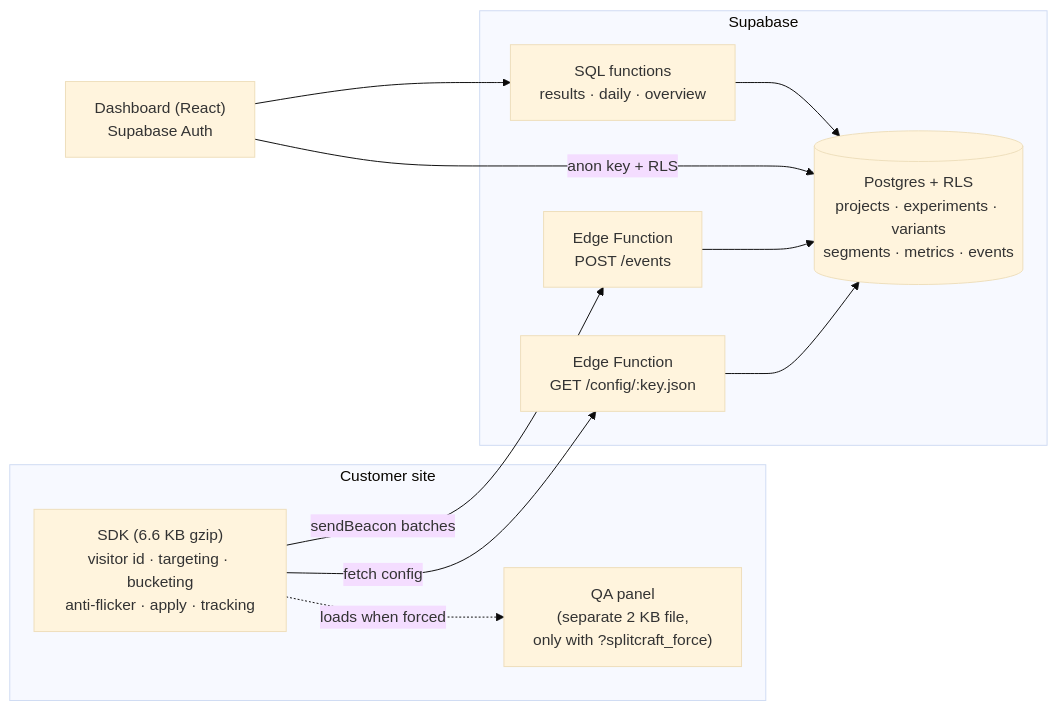
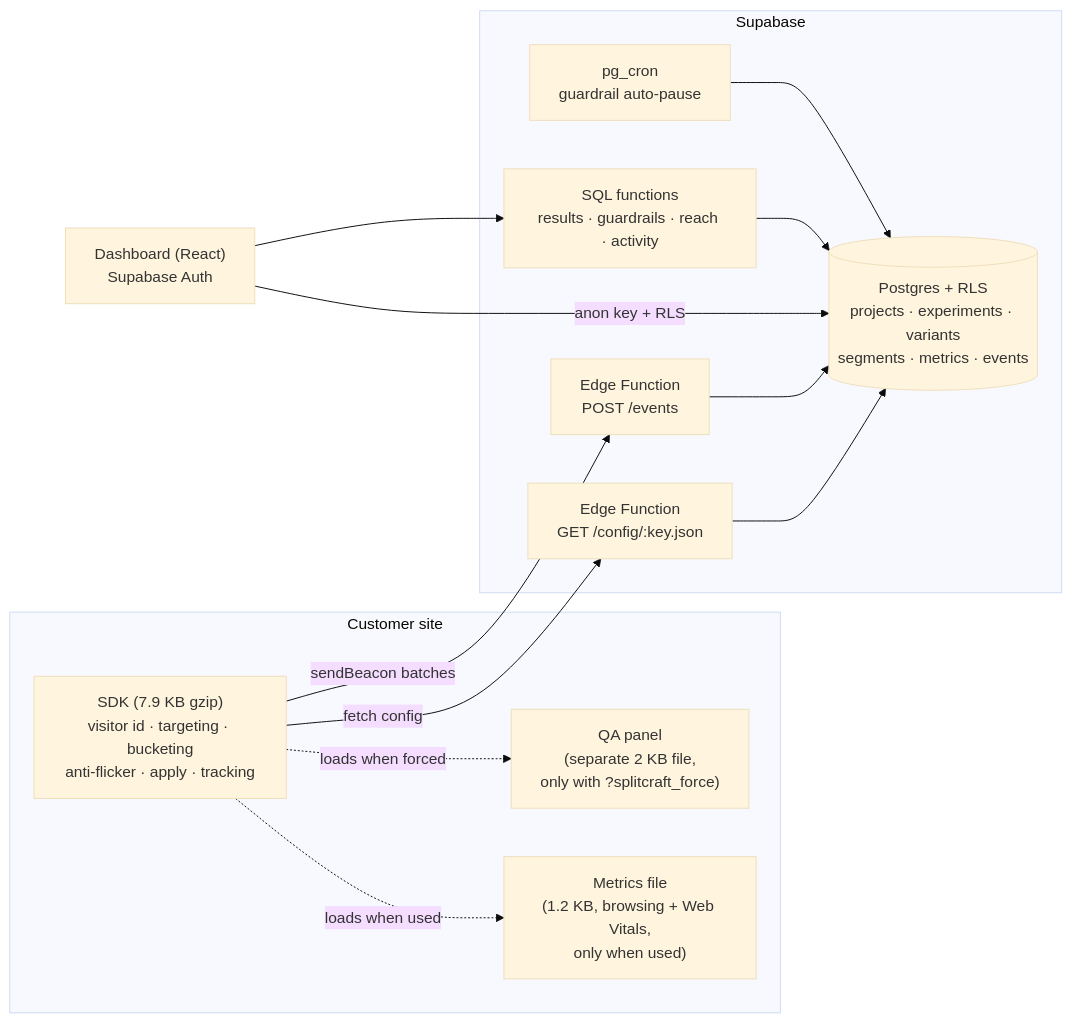
Before and after one commit to dhriti-kumawat/splitcraft: the diagram in README.md, drawn with Mermaid (base theme). The commit also changed other lines of this file and 10 other files, not shown here.

````diff
--- a/README.md
+++ b/README.md
@@ -35,20 +47,24 @@
 ```mermaid
 flowchart LR
   subgraph Site["Customer site"]
-    SDK["SDK (6.6 KB gzip)<br/>visitor id · targeting · bucketing<br/>anti-flicker · apply · tracking"]
+    SDK["SDK (7.9 KB gzip)<br/>visitor id · targeting · bucketing<br/>anti-flicker · apply · tracking"]
     QA["QA panel<br/>(separate 2 KB file,<br/>only with ?splitcraft_force)"]
+    MET["Metrics file<br/>(1.2 KB, browsing + Web Vitals,<br/>only when used)"]
   end
   subgraph Supabase
     CFG["Edge Function<br/>GET /config/:key.json"]
     EVT["Edge Function<br/>POST /events"]
     DB[("Postgres + RLS<br/>projects · experiments · variants<br/>segments · metrics · events")]
-    SQL["SQL functions<br/>results · daily · overview"]
+    SQL["SQL functions<br/>results · guardrails · reach · activity"]
+    CRON["pg_cron<br/>guardrail auto-pause"]
   end
   DASH["Dashboard (React)<br/>Supabase Auth"]
 
   SDK -- "fetch config" --> CFG --> DB
   SDK -- "sendBeacon batches" --> EVT --> DB
   SDK -. "loads when forced" .-> QA
+  SDK -. "loads when used" .-> MET
   DASH -- "anon key + RLS" --> DB
   DASH --> SQL --> DB
+  CRON --> DB
 ```
````
